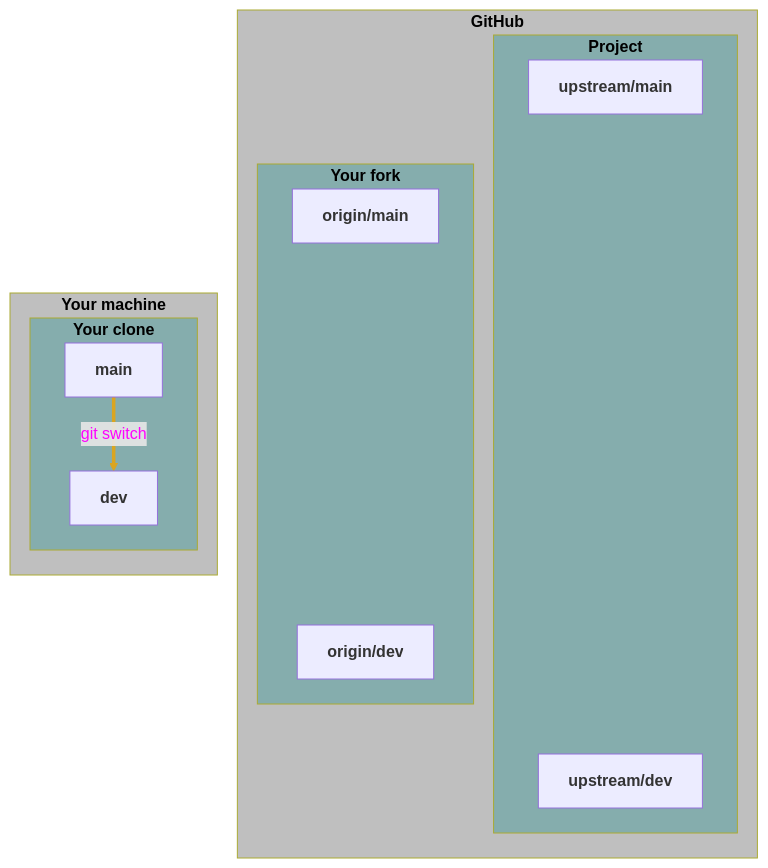
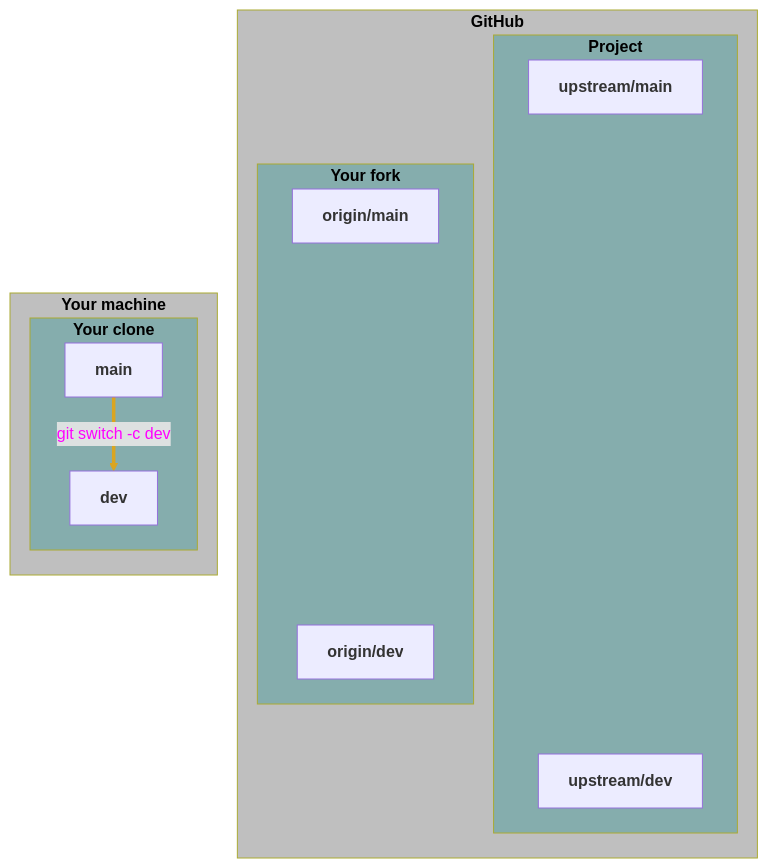
Before and after one commit to WestDRI/arc-training: the sixth of 11 diagrams in git/col_pr.qmd, drawn with Mermaid. The commit also changed other lines of this file, not shown here.

Commit message:
revamp the pr page by integrating all the step by step diagrams to the old text

````diff
--- a/git/col_pr.qmd
+++ b/git/col_pr.qmd
@@ -289,45 +345,45 @@
 ```{mermaid}
 %%| echo: false
 flowchart TD
   subgraph gh["<b>GitHub</b>"]
     subgraph project["<b>Project</b>"]
       upstream/main["<b>upstream/main</b>"]
       upstream/dev["<b>upstream/dev</b>"]
     end
     subgraph fork["<b>Your fork</b>"]
       origin/main["<b>origin/main</b>"]
       origin/dev["<b>origin/dev</b>"]
     end
   end
   subgraph local["<b>Your machine</b>"]
     subgraph clone["<b>Your clone</b>"]
       main["<b>main</b>"]
       dev["<b>dev</b>"]
     end
   end
 
   classDef location fill:#bfbfbf, color:#000;
   class gh location;
   class local location;
   classDef repo fill:#85adad, color:#000;
   class project repo;
   class fork repo;
   class clone repo;
 
   upstream/main ~~~  origin/main
   origin/main ~~~ main
   upstream/main ~~~ main
   main ~~~ origin/main
-  main == git switch ==> dev
+  main == git switch -c dev ==> dev
   dev ~~~ origin/dev
   origin/dev ~~~ upstream/dev
   upstream/dev ~~~ upstream/main
 
   linkStyle 0 stroke:YellowGreen;
   linkStyle 1 stroke:YellowGreen, color:magenta;
   linkStyle 2 stroke:goldenrod, color:magenta;
   linkStyle 3 stroke:sienna, color:magenta;
   linkStyle 4 stroke:goldenrod, color:magenta;
   linkStyle 5 stroke:goldenrod, color:magenta;
   linkStyle 6 stroke:goldenrod;
 ```
````
